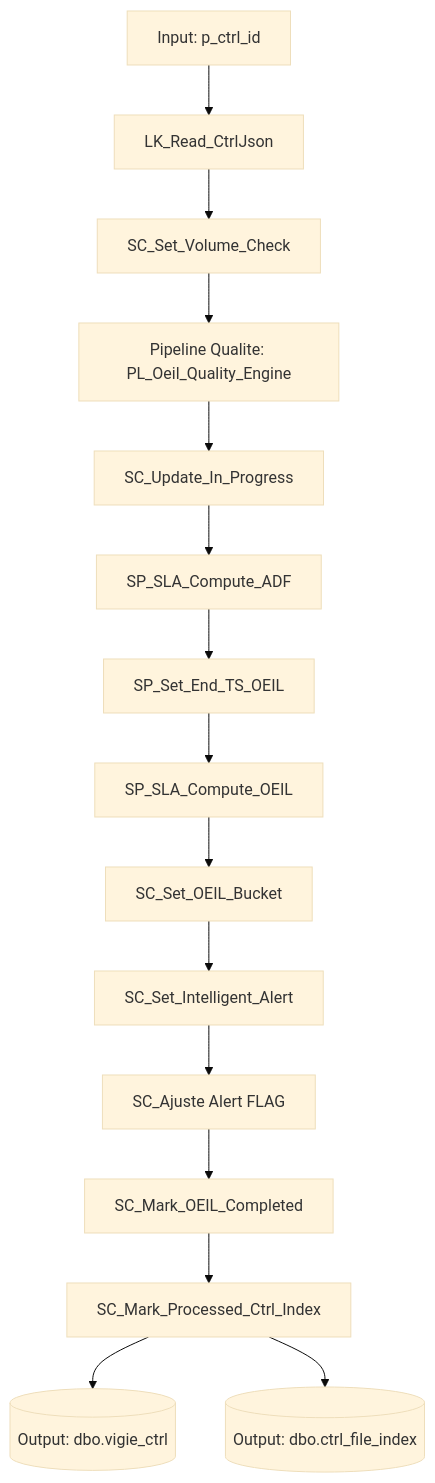
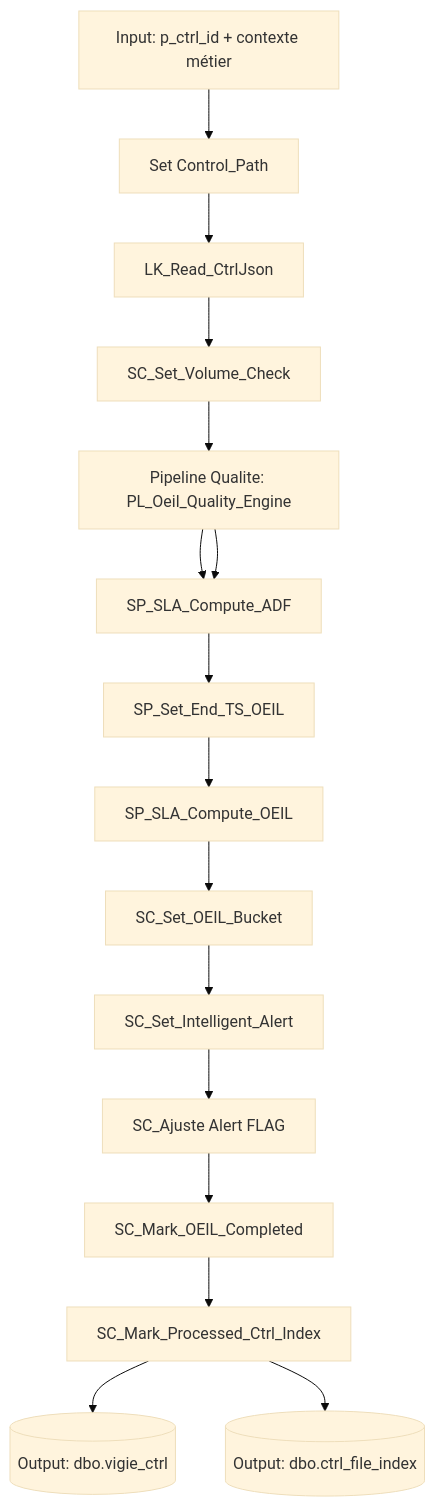
Before and after one commit to lawiz22/OeilTest: the second of 3 diagrams in docs/technical_reference/adf_pipelines.md, drawn with Mermaid (base theme). The commit also changed other lines of this file and 9 other files, not shown here.

````diff
--- a/docs/technical_reference/adf_pipelines.md
+++ b/docs/technical_reference/adf_pipelines.md
@@ -231,18 +241,19 @@
 ```mermaid
 flowchart TD
-	A[Input: p_ctrl_id] --> B[LK_Read_CtrlJson]
-	B --> C[SC_Set_Volume_Check]
-	C --> D[Pipeline Qualite: PL_Oeil_Quality_Engine]
-	D --> E[SC_Update_In_Progress]
+	A[Input: p_ctrl_id + contexte métier] --> B[Set Control_Path]
+	B --> C[LK_Read_CtrlJson]
+	C --> D[SC_Set_Volume_Check]
+	D --> E[Pipeline Qualite: PL_Oeil_Quality_Engine]
+	E --> F[SC_Update_In_Progress]
 	E --> F[SP_SLA_Compute_ADF]
 	F --> G[SP_Set_End_TS_OEIL]
 	G --> H[SP_SLA_Compute_OEIL]
 	H --> I[SC_Set_OEIL_Bucket]
 	I --> J[SC_Set_Intelligent_Alert]
 	J --> K[SC_Ajuste Alert FLAG]
 	K --> L[SC_Mark_OEIL_Completed]
 	L --> M[SC_Mark_Processed_Ctrl_Index]
 
 	M --> N[(Output: dbo.vigie_ctrl)]
 	M --> O[(Output: dbo.ctrl_file_index)]
 ```
````
